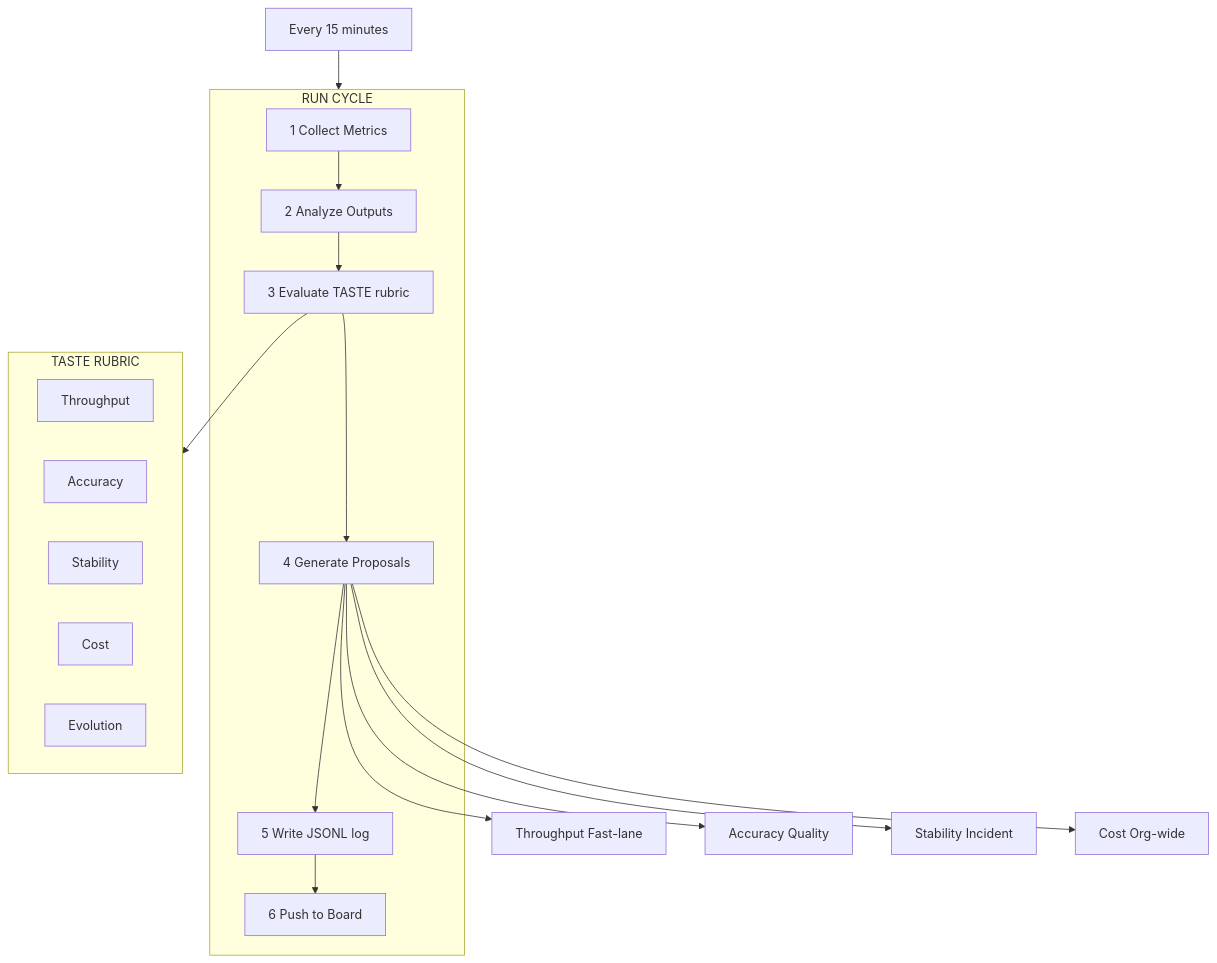
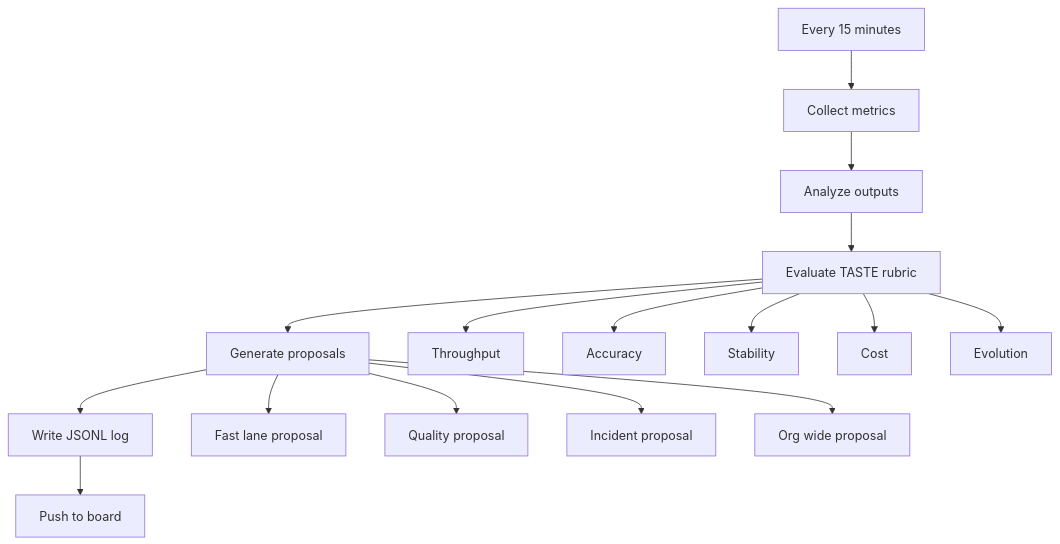
The diagram in diagrams/CRON_ORCHESTRATOR.mmd (mmartoccia/ghost-orchestration-pattern), drawn with Mermaid before and after one commit. The commit also changed 11 other files, not shown here.

First line of the commit message:
Fix Mermaid for GitHub renderer

````diff
--- a/diagrams/CRON_ORCHESTRATOR.mmd
+++ b/diagrams/CRON_ORCHESTRATOR.mmd
@@ -1,26 +1,28 @@
-```mermaid
-flowchart TB
-    E["Every 15 minutes"]
-    subgraph C["RUN CYCLE"]
-        M1["1 Collect Metrics"]
-        M2["2 Analyze Outputs"]
-        M3["3 Evaluate TASTE rubric"]
-        M4["4 Generate Proposals"]
-        M5["5 Write JSONL log"]
-        M6["6 Push to Board"]
-        M1 --> M2 --> M3 --> M4 --> M5 --> M6
-    end
-    E --> C
-    M3 --> T
-    subgraph T["TASTE RUBRIC"]
-        T1["Throughput"]
-        T2["Accuracy"]
-        T3["Stability"]
-        T4["Cost"]
-        T5["Evolution"]
-    end
-    M4 --> P1["Throughput Fast-lane"]
-    M4 --> P2["Accuracy Quality"]
-    M4 --> P3["Stability Incident"]
-    M4 --> P4["Cost Org-wide"]
-```
+graph TD
+    R1[Every 15 minutes]
+    R2[Collect metrics]
+    R3[Analyze outputs]
+    R4[Evaluate TASTE rubric]
+    R5[Generate proposals]
+    R6[Write JSONL log]
+    R7[Push to board]
+    T1[Throughput]
+    T2[Accuracy]
+    T3[Stability]
+    T4[Cost]
+    T5[Evolution]
+    P1[Fast lane proposal]
+    P2[Quality proposal]
+    P3[Incident proposal]
+    P4[Org wide proposal]
+
+    R1 --> R2 --> R3 --> R4 --> R5 --> R6 --> R7
+    R4 --> T1
+    R4 --> T2
+    R4 --> T3
+    R4 --> T4
+    R4 --> T5
+    R5 --> P1
+    R5 --> P2
+    R5 --> P3
+    R5 --> P4
````
